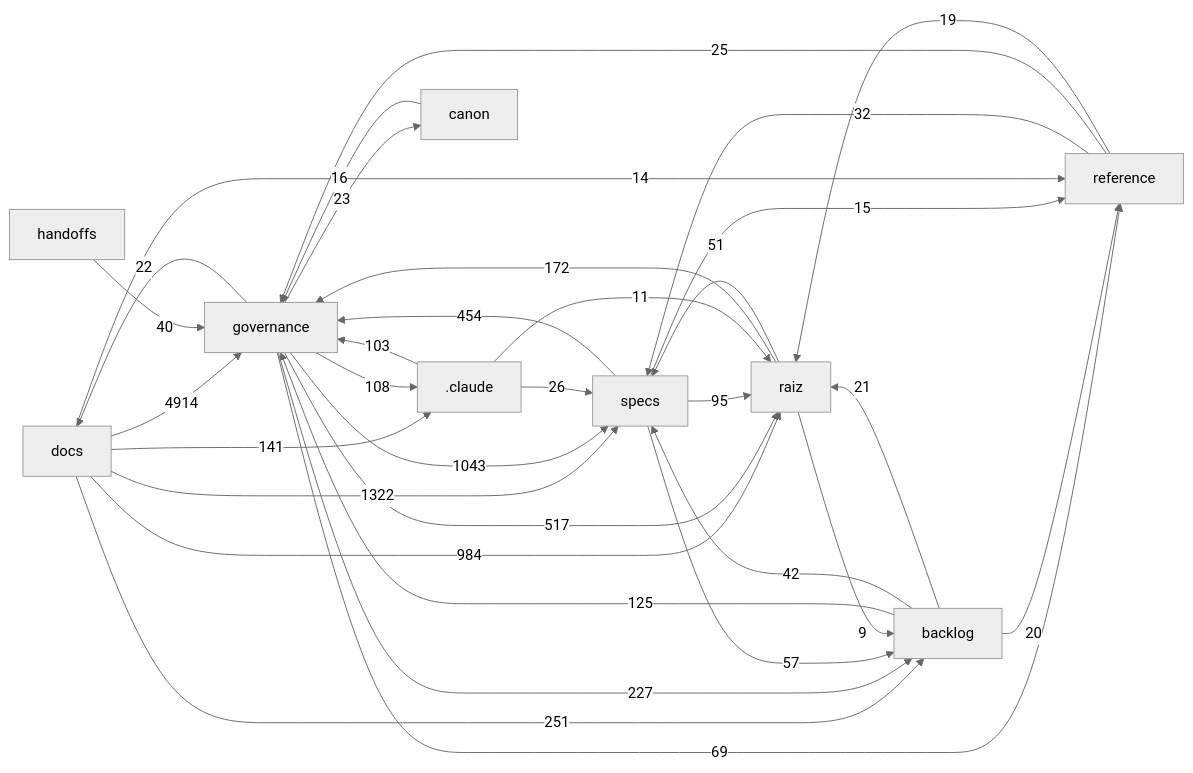
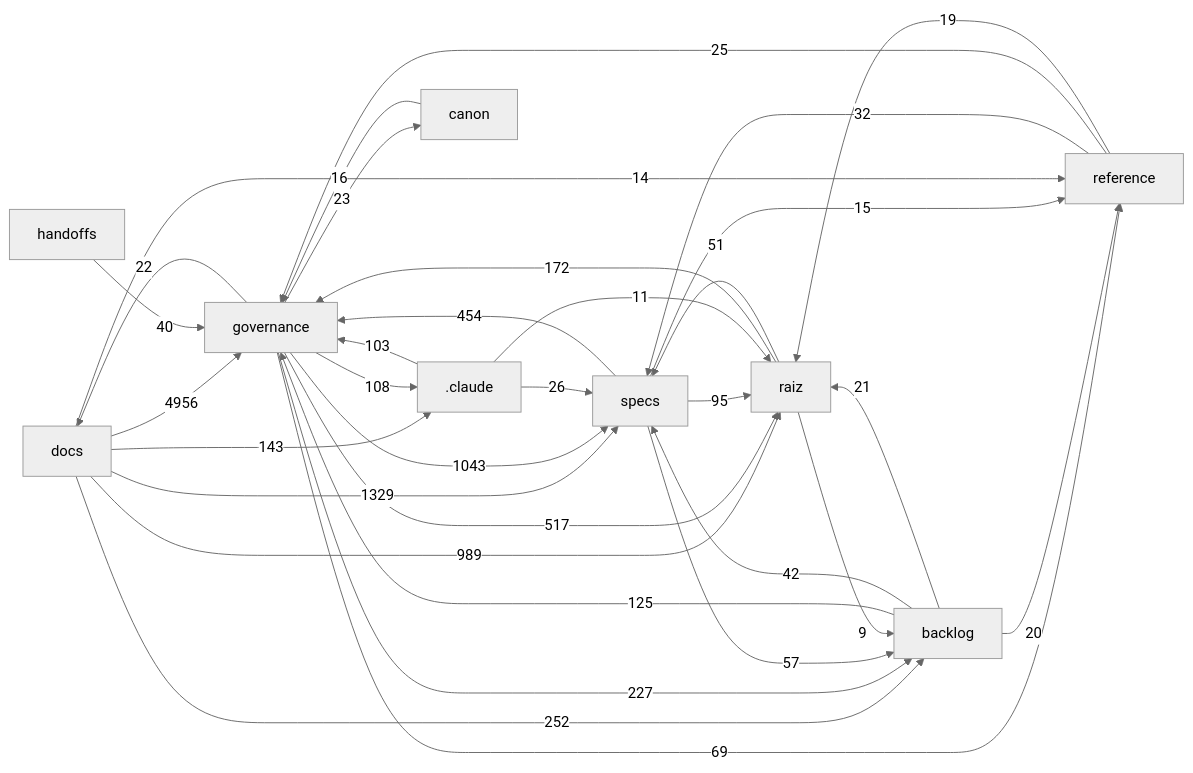
The diagram in docs/mapa/MAPA-PROJETO.md (Andraus35/Sistema-Operacional-de-Trading--SOT), drawn with Mermaid (neutral theme) before and after one commit. The commit also changed other lines of this file and 2 other files, not shown here.

````diff
--- a/docs/mapa/MAPA-PROJETO.md
+++ b/docs/mapa/MAPA-PROJETO.md
@@ -30,35 +30,35 @@
 ```mermaid
 flowchart LR
-  docs["docs"] -->|4914| governance["governance"]
-  docs["docs"] -->|1322| specs["specs"]
+  docs["docs"] -->|4956| governance["governance"]
+  docs["docs"] -->|1329| specs["specs"]
   governance["governance"] -->|1043| specs["specs"]
-  docs["docs"] -->|984| raiz["raiz"]
+  docs["docs"] -->|989| raiz["raiz"]
   governance["governance"] -->|517| raiz["raiz"]
   specs["specs"] -->|454| governance["governance"]
-  docs["docs"] -->|251| backlog["backlog"]
+  docs["docs"] -->|252| backlog["backlog"]
   governance["governance"] -->|227| backlog["backlog"]
   raiz["raiz"] -->|172| governance["governance"]
-  docs["docs"] -->|141| _claude[".claude"]
+  docs["docs"] -->|143| _claude[".claude"]
   backlog["backlog"] -->|125| governance["governance"]
   governance["governance"] -->|108| _claude[".claude"]
   _claude[".claude"] -->|103| governance["governance"]
   specs["specs"] -->|95| raiz["raiz"]
   governance["governance"] -->|69| reference["reference"]
   specs["specs"] -->|57| backlog["backlog"]
   raiz["raiz"] -->|51| specs["specs"]
   backlog["backlog"] -->|42| specs["specs"]
   handoffs["handoffs"] -->|40| governance["governance"]
   reference["reference"] -->|32| specs["specs"]
   _claude[".claude"] -->|26| specs["specs"]
   reference["reference"] -->|25| governance["governance"]
   governance["governance"] -->|23| canon["canon"]
   governance["governance"] -->|22| docs["docs"]
   backlog["backlog"] -->|21| raiz["raiz"]
   backlog["backlog"] -->|20| reference["reference"]
   reference["reference"] -->|19| raiz["raiz"]
   canon["canon"] -->|16| governance["governance"]
   specs["specs"] -->|15| reference["reference"]
   docs["docs"] -->|14| reference["reference"]
   _claude[".claude"] -->|11| raiz["raiz"]
   raiz["raiz"] -->|9| backlog["backlog"]
 ```
````
